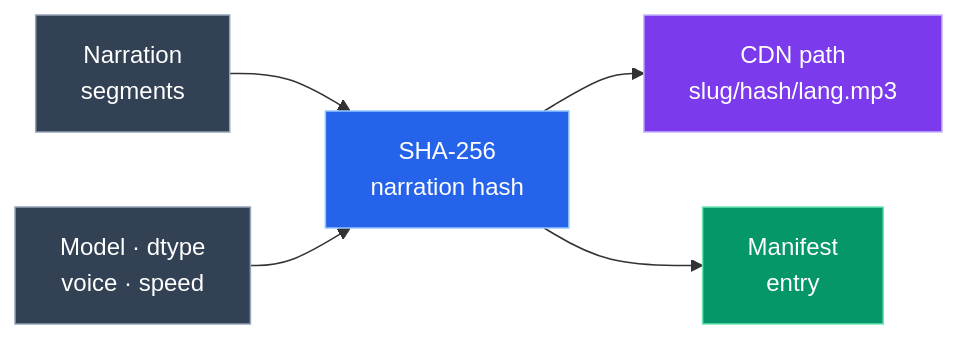
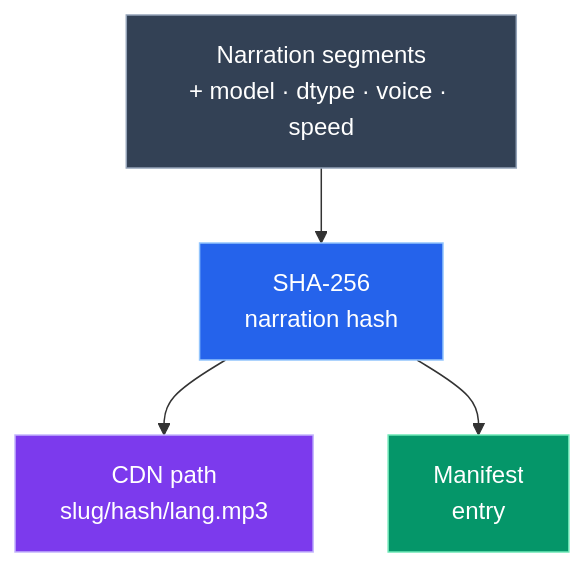
One commit to g-savitha/gsavitha.in changed the third of 6 diagrams in src/content/blog/blog-audio-player.md. Above: the diagram before and after it, drawn with Mermaid. The commit also changed other lines of this file, not shown here.

Commit message:
update architecture diagrams

````diff
--- a/src/content/blog/blog-audio-player.md
+++ b/src/content/blog/blog-audio-player.md
@@ -245,12 +236,11 @@
 ```mermaid
-flowchart LR
-    SEG["Narration\nsegments"]:::content --> HASH["SHA-256\nnarration hash"]:::primary
-    SETTINGS["Model · dtype\nvoice · speed"]:::content --> HASH
+flowchart TD
+    INPUTS["Narration segments\n+ model · dtype · voice · speed"]:::content --> HASH["SHA-256\nnarration hash"]:::primary
     HASH --> URL["CDN path\nslug/hash/lang.mp3"]:::accent
     HASH --> ENTRY["Manifest\nentry"]:::success
 
     classDef primary fill:#2563eb,stroke:#93c5fd,color:#ffffff
     classDef accent fill:#7c3aed,stroke:#c4b5fd,color:#ffffff
     classDef success fill:#059669,stroke:#6ee7b7,color:#ffffff
     classDef content fill:#334155,stroke:#94a3b8,color:#ffffff
 ```
````
